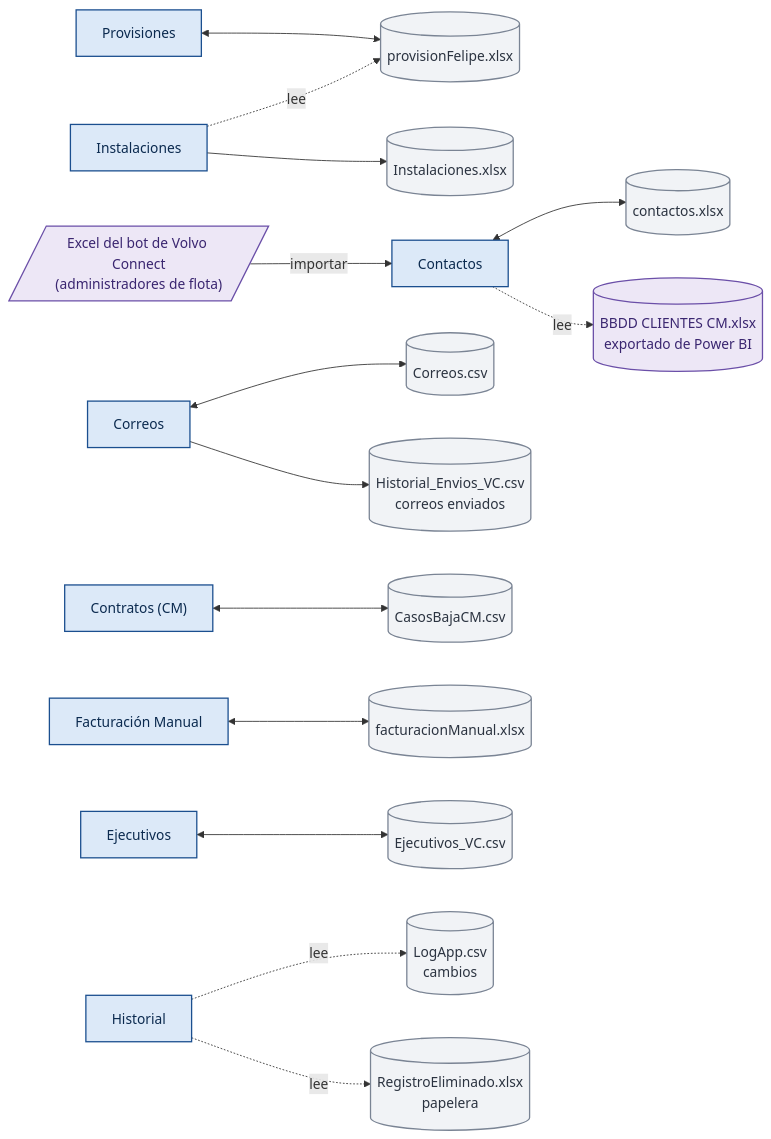
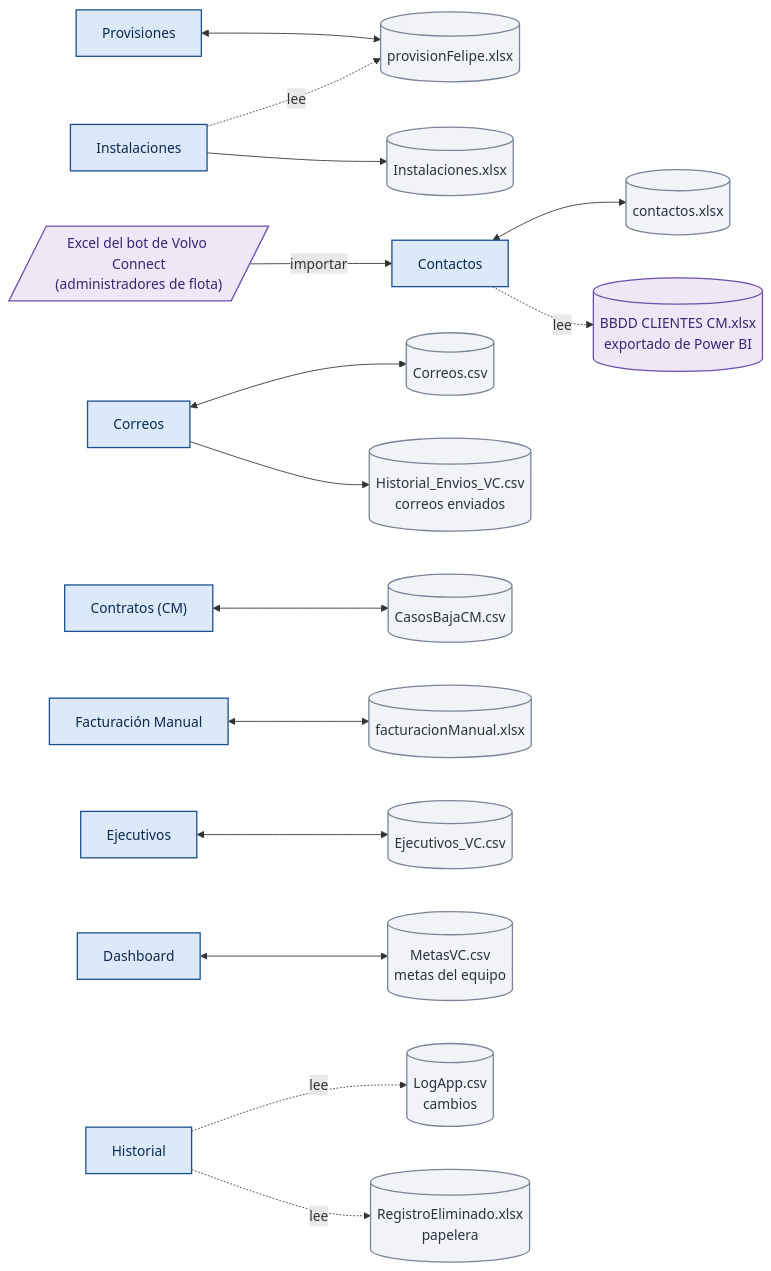
Before and after one commit to felipeMon20/PTY4614-302-EQUIPO-2: the ninth of 31 diagrams in Fase 2/Evidencias Proyecto/Evidencias de documentación/docs/08. Arquitectura Visual y Diagramas.md, drawn with Mermaid. The commit also changed other lines of this file and 315 other files, not shown here.

````diff
--- a/Fase 2/Evidencias Proyecto/Evidencias de documentación/docs/08. Arquitectura Visual y Diagramas.md
+++ b/Fase 2/Evidencias Proyecto/Evidencias de documentación/docs/08. Arquitectura Visual y Diagramas.md
@@ -306,24 +308,25 @@
 ```mermaid
 flowchart LR
     PRO["Provisiones"]:::pantalla <--> PF[("provisionFelipe.xlsx")]:::archivo
     INS["Instalaciones"]:::pantalla --> IN[("Instalaciones.xlsx")]:::archivo
     INS -.lee.-> PF
     CON["Contactos"]:::pantalla <--> CT[("contactos.xlsx")]:::archivo
     CON -.lee.-> BB[("BBDD CLIENTES CM.xlsx<br/>exportado de Power BI")]:::externo
     BOT[/"Excel del bot de Volvo Connect<br/>(administradores de flota)"/]:::externo -->|importar| CON
     COR["Correos"]:::pantalla <--> CO[("Correos.csv")]:::archivo
     COR --> HE[("Historial_Envios_VC.csv<br/>correos enviados")]:::archivo
     CMS["Contratos (CM)"]:::pantalla <--> CB[("CasosBajaCM.csv")]:::archivo
     FMA["Facturación Manual"]:::pantalla <--> FX[("facturacionManual.xlsx")]:::archivo
     EJE["Ejecutivos"]:::pantalla <--> EX[("Ejecutivos_VC.csv")]:::archivo
+    DAS["Dashboard"]:::pantalla <--> ME[("MetasVC.csv<br/>metas del equipo")]:::archivo
     HIS["Historial"]:::pantalla -.lee.-> LG[("LogApp.csv<br/>cambios")]:::archivo
     HIS -.lee.-> RE[("RegistroEliminado.xlsx<br/>papelera")]:::archivo
     classDef pantalla fill:#DCE9F8,stroke:#1B4F8F,color:#0B2A4F,stroke-width:1.5px
     classDef grupo fill:#1B4F8F,stroke:#0B2A4F,color:#FFFFFF,stroke-width:1.5px
     classDef accion fill:#E3F4E8,stroke:#2E7D4F,color:#14452A,stroke-width:1.5px
     classDef archivo fill:#F1F3F6,stroke:#7A8494,color:#2B3340,stroke-width:1.5px
     classDef externo fill:#EDE7F6,stroke:#6B4FA8,color:#3A2670,stroke-width:1.5px
     classDef alerta fill:#FDECEC,stroke:#B3372F,color:#6E1712,stroke-width:1.5px
     classDef aviso fill:#FFF4D6,stroke:#B58100,color:#5C4300,stroke-width:1.5px
     classDef neutro fill:#FFFFFF,stroke:#8A94A6,color:#2B3340,stroke-width:1.5px
 ```
````
